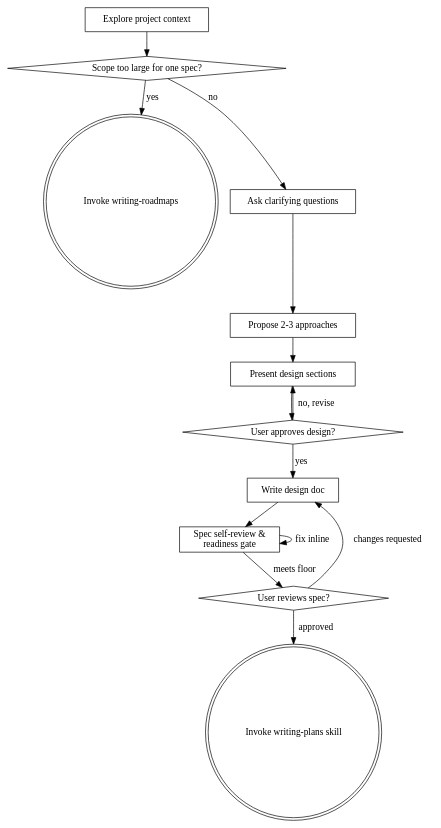
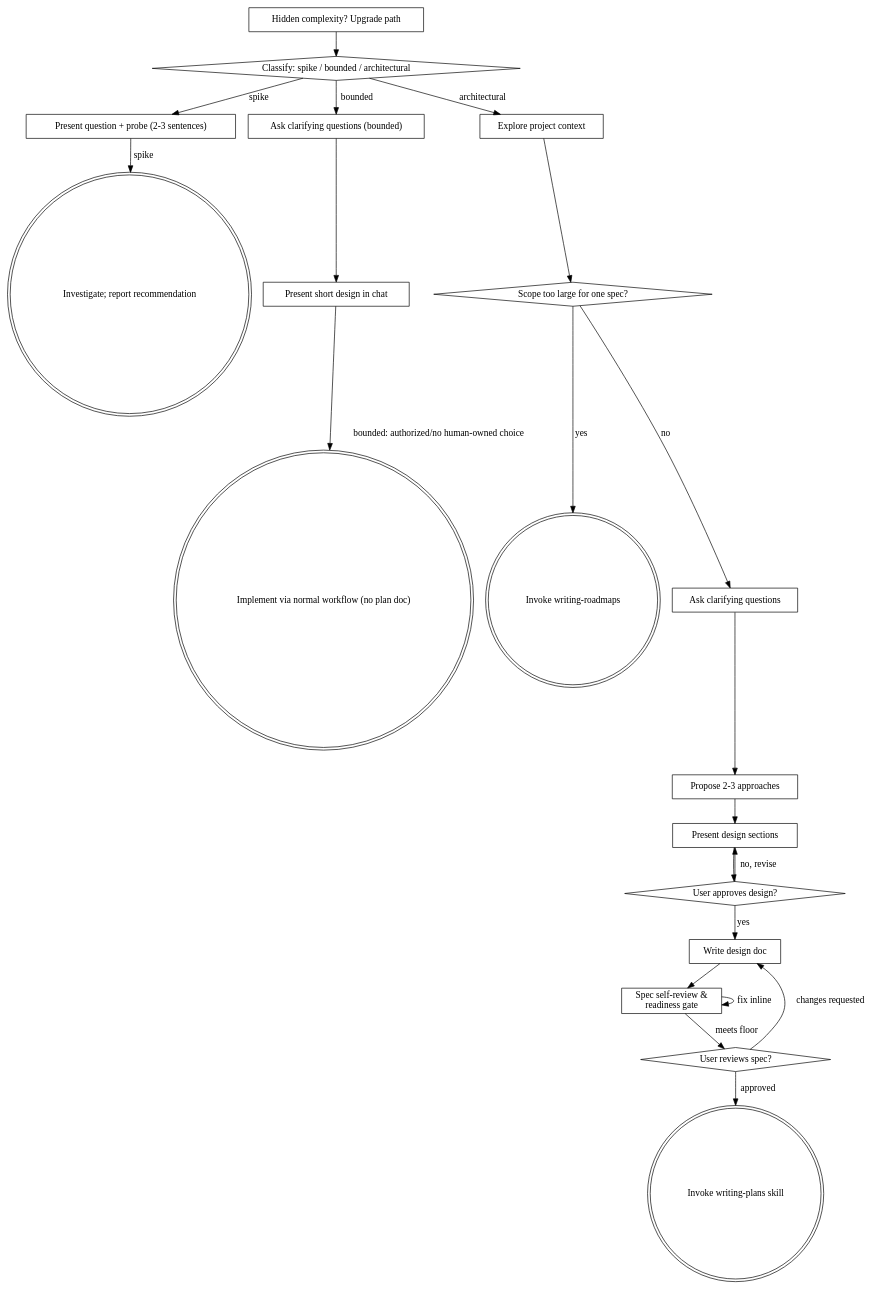
One commit to HarleyBartles/adventures-of-patch changed the diagram in .agents/skills/brainstorming/SKILL.md. Above: the diagram before and after it, drawn with Graphviz. The commit also changed other lines of this file and 260 other files, not shown here.

````diff
--- a/.agents/skills/brainstorming/SKILL.md
+++ b/.agents/skills/brainstorming/SKILL.md
@@ -63,29 +142,44 @@
 ```dot
 digraph brainstorming {
+    "Classify: spike / bounded / architectural" [shape=diamond];
+    "Present question + probe (2-3 sentences)" [shape=box];
+    "Ask clarifying questions (bounded)" [shape=box];
+    "Present short design in chat" [shape=box];
+    "Investigate; report recommendation" [shape=doublecircle];
+    "Implement via normal workflow (no plan doc)" [shape=doublecircle];
     "Explore project context" [shape=box];
     "Scope too large for one spec?" [shape=diamond];
     "Invoke writing-roadmaps" [shape=doublecircle];
     "Ask clarifying questions" [shape=box];
     "Propose 2-3 approaches" [shape=box];
     "Present design sections" [shape=box];
     "User approves design?" [shape=diamond];
     "Write design doc" [shape=box];
     "Spec self-review &\nreadiness gate" [shape=box];
     "User reviews spec?" [shape=diamond];
     "Invoke writing-plans skill" [shape=doublecircle];
+    "Hidden complexity? Upgrade path" [shape=box];
+
+    "Classify: spike / bounded / architectural" -> "Present question + probe (2-3 sentences)" [label="spike"];
+    "Classify: spike / bounded / architectural" -> "Ask clarifying questions (bounded)" [label="bounded"];
+    "Classify: spike / bounded / architectural" -> "Explore project context" [label="architectural"];
+    "Ask clarifying questions (bounded)" -> "Present short design in chat";
+    "Present question + probe (2-3 sentences)" -> "Investigate; report recommendation" [label="spike"];
+    "Present short design in chat" -> "Implement via normal workflow (no plan doc)" [label="bounded: authorized/no human-owned choice"];
+    "Hidden complexity? Upgrade path" -> "Classify: spike / bounded / architectural";
 
     "Explore project context" -> "Scope too large for one spec?";
     "Scope too large for one spec?" -> "Invoke writing-roadmaps" [label="yes"];
     "Scope too large for one spec?" -> "Ask clarifying questions" [label="no"];
     "Ask clarifying questions" -> "Propose 2-3 approaches";
     "Propose 2-3 approaches" -> "Present design sections";
     "Present design sections" -> "User approves design?";
     "User approves design?" -> "Present design sections" [label="no, revise"];
     "User approves design?" -> "Write design doc" [label="yes"];
     "Write design doc" -> "Spec self-review &\nreadiness gate";
     "Spec self-review &\nreadiness gate" -> "Spec self-review &\nreadiness gate" [label="fix inline"];
     "Spec self-review &\nreadiness gate" -> "User reviews spec?" [label="meets floor"];
     "User reviews spec?" -> "Write design doc" [label="changes requested"];
     "User reviews spec?" -> "Invoke writing-plans skill" [label="approved"];
 }
 ```
````
